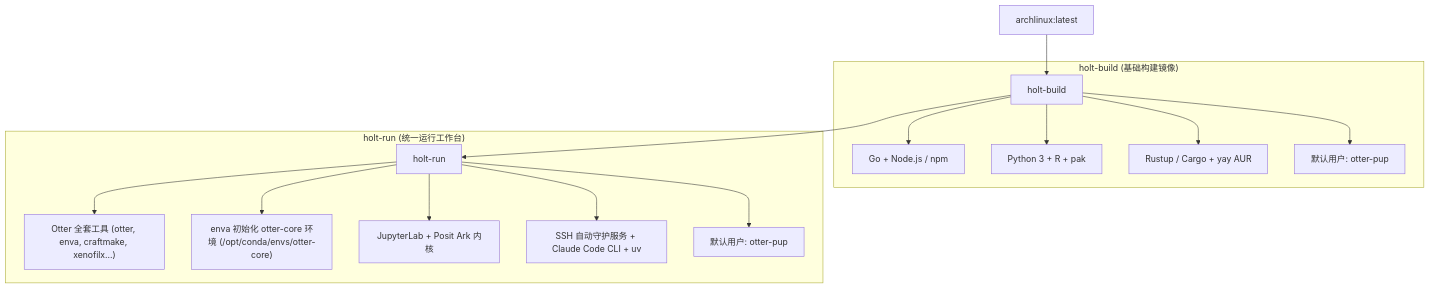
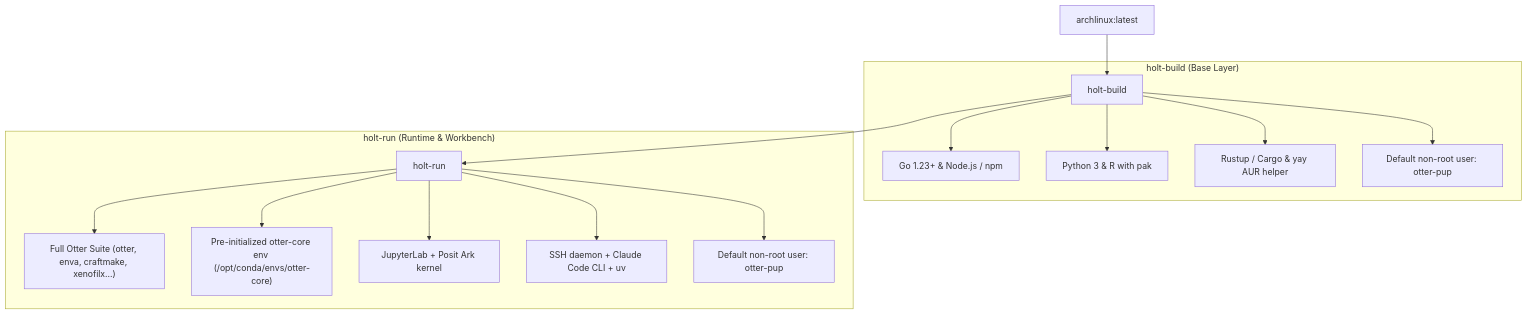
One commit to otterlab-bio/holt changed the diagram in README.md. Above: the diagram before and after it, drawn with Mermaid. The commit also changed other lines of this file and 1 other file, not shown here.

````diff
--- a/README.md
+++ b/README.md
@@ -23,20 +42,20 @@
 ```mermaid
 graph TD
     A[archlinux:latest] --> B[holt-build]
     B --> C[holt-run]
 
-    subgraph "holt-build (基础构建镜像)"
-        B --> B1[Go + Node.js / npm]
-        B --> B2[Python 3 + R + pak]
-        B --> B3[Rustup / Cargo + yay AUR]
-        B --> B4[默认用户: otter-pup]
+    subgraph "holt-build (Base Layer)"
+        B --> B1[Go 1.23+ & Node.js / npm]
+        B --> B2[Python 3 & R with pak]
+        B --> B3[Rustup / Cargo & yay AUR helper]
+        B --> B4[Default non-root user: otter-pup]
     end
 
-    subgraph "holt-run (统一运行工作台)"
-        C --> C1["Otter 全套工具 (otter, enva, craftmake, xenofilx...)"]
-        C --> C2["enva 初始化 otter-core 环境 (/opt/conda/envs/otter-core)"]
-        C --> C3[JupyterLab + Posit Ark 内核]
-        C --> C4[SSH 自动守护服务 + Claude Code CLI + uv]
-        C --> C5[默认用户: otter-pup]
+    subgraph "holt-run (Runtime & Workbench)"
+        C --> C1["Full Otter Suite (otter, enva, craftmake, xenofilx...)"]
+        C --> C2["Pre-initialized otter-core env (/opt/conda/envs/otter-core)"]
+        C --> C3[JupyterLab + Posit Ark kernel]
+        C --> C4[SSH daemon + Claude Code CLI + uv]
+        C --> C5[Default non-root user: otter-pup]
     end
 ```
````
